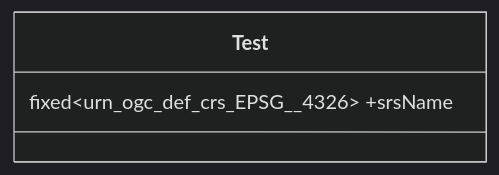
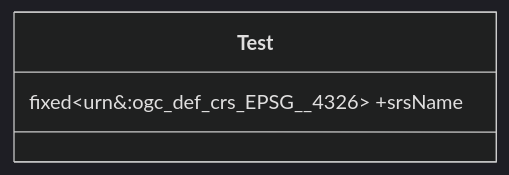
One commit to du-lapin/test_docsify changed the first of 3 diagrams in docs/fixm/FIXM_UML_in_mermaid.md. Above: the diagram before and after it, drawn with Mermaid (dark theme). The commit also changed other lines of this file, not shown here.

````diff
--- a/docs/fixm/FIXM_UML_in_mermaid.md
+++ b/docs/fixm/FIXM_UML_in_mermaid.md
@@ -4,5 +4,5 @@
 ```mermaid
 classDiagram
 class Test
-Test : fixed~urn_ogc_def_crs_EPSG__4326~ +srsName
+Test : fixed~urn&#58;ogc_def_crs_EPSG__4326~ +srsName
 ```
````
